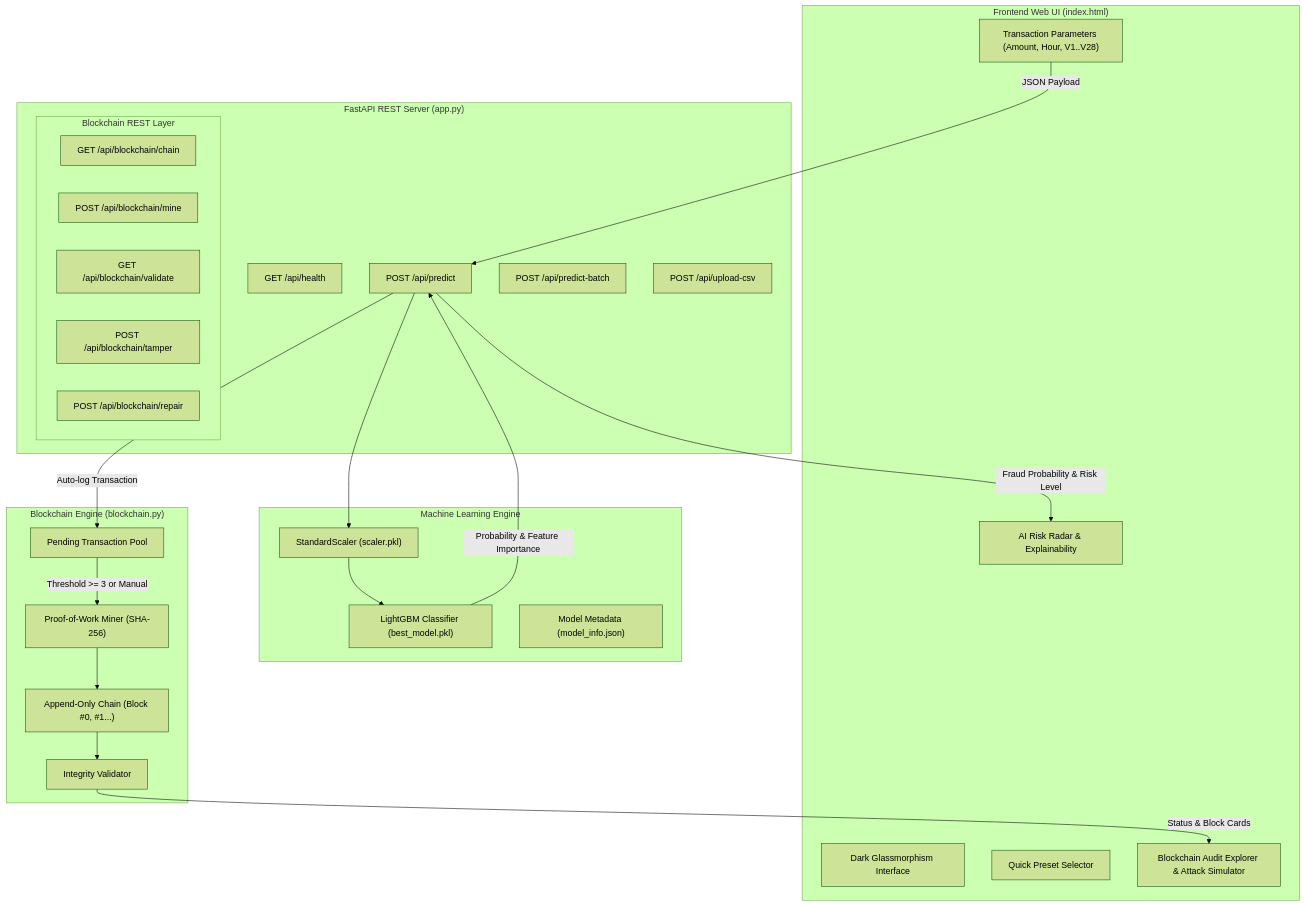
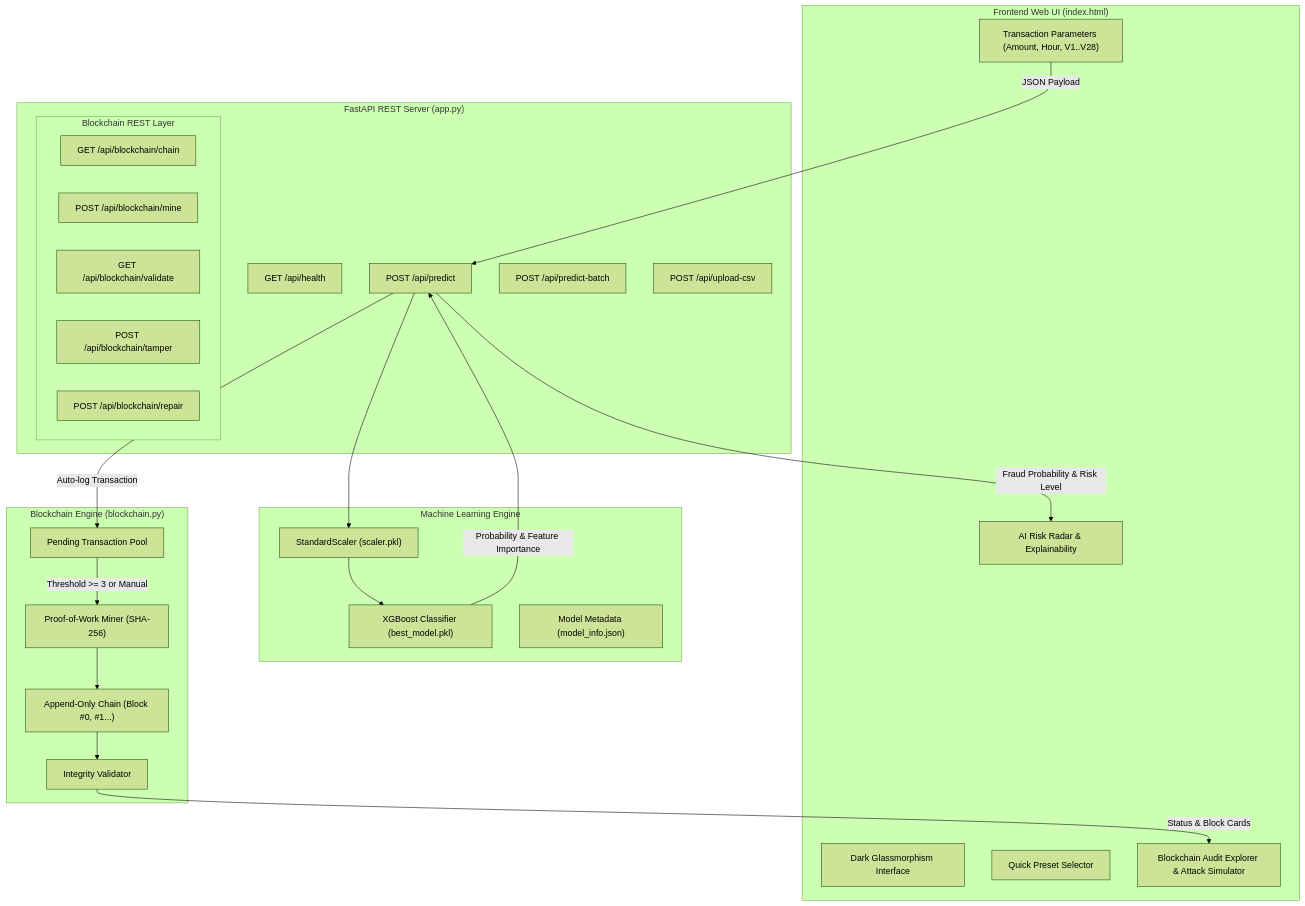
The diagram in project_audit_report.md (Akshatpareek007/credit-card-fraud-detection), drawn with Mermaid (forest theme) before and after one commit. The commit also changed other lines of this file and 6 other files, not shown here.

Commit message:
feat: update XGBoost winner model benchmarks and interactive UI navigation with OpenAPI Explorer

````diff
--- a/project_audit_report.md
+++ b/project_audit_report.md
@@ -19,49 +19,49 @@
 ```mermaid
 flowchart TD
     subgraph Client ["Frontend Web UI (index.html)"]
         UI["Dark Glassmorphism Interface"]
         Preset["Quick Preset Selector"]
         Inputs["Transaction Parameters (Amount, Hour, V1..V28)"]
         Radar["AI Risk Radar & Explainability"]
         BC_UI["Blockchain Audit Explorer & Attack Simulator"]
     end
 
     subgraph Backend ["FastAPI REST Server (app.py)"]
         API_Health["GET /api/health"]
         API_Predict["POST /api/predict"]
         API_Batch["POST /api/predict-batch"]
         API_CSV["POST /api/upload-csv"]
         
         subgraph BC_API ["Blockchain REST Layer"]
             BC_Chain["GET /api/blockchain/chain"]
             BC_Mine["POST /api/blockchain/mine"]
             BC_Val["GET /api/blockchain/validate"]
             BC_Tamper["POST /api/blockchain/tamper"]
             BC_Repair["POST /api/blockchain/repair"]
         end
     end
 
     subgraph ML_Engine ["Machine Learning Engine"]
         Scaler["StandardScaler (scaler.pkl)"]
-        LGBM["LightGBM Classifier (best_model.pkl)"]
+        XGB["XGBoost Classifier (best_model.pkl)"]
         Info["Model Metadata (model_info.json)"]
     end
 
     subgraph Ledger ["Blockchain Engine (blockchain.py)"]
         Pending["Pending Transaction Pool"]
         PoW["Proof-of-Work Miner (SHA-256)"]
         Chain["Append-Only Chain (Block #0, #1...)"]
         Validator["Integrity Validator"]
     end
 
     Inputs -->|JSON Payload| API_Predict
     API_Predict --> Scaler
-    Scaler --> LGBM
-    LGBM -->|Probability & Feature Importance| API_Predict
+    Scaler --> XGB
+    XGB -->|Probability & Feature Importance| API_Predict
     API_Predict -->|Auto-log Transaction| Pending
     Pending -->|Threshold >= 3 or Manual| PoW
     PoW --> Chain
     Chain --> Validator
     Validator -->|Status & Block Cards| BC_UI
     API_Predict -->|Fraud Probability & Risk Level| Radar
 ```
````
